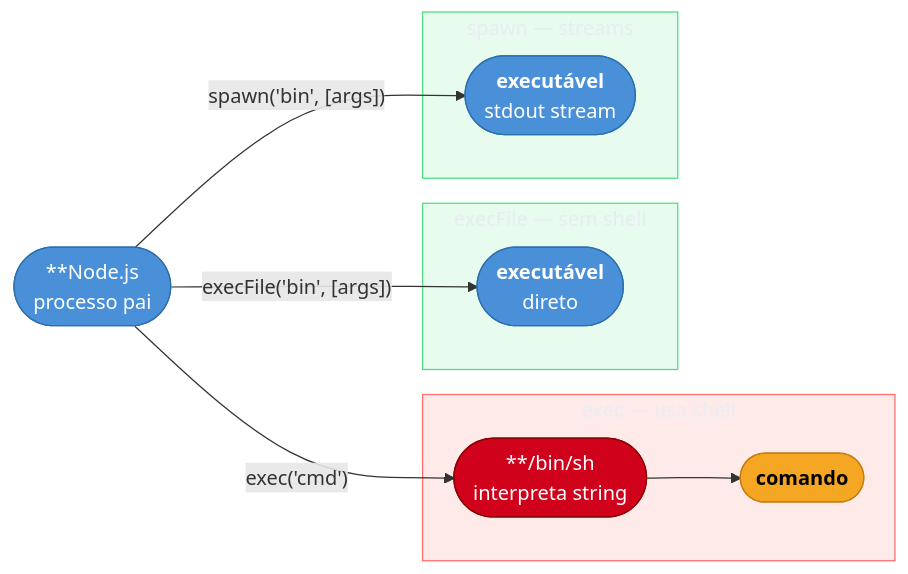
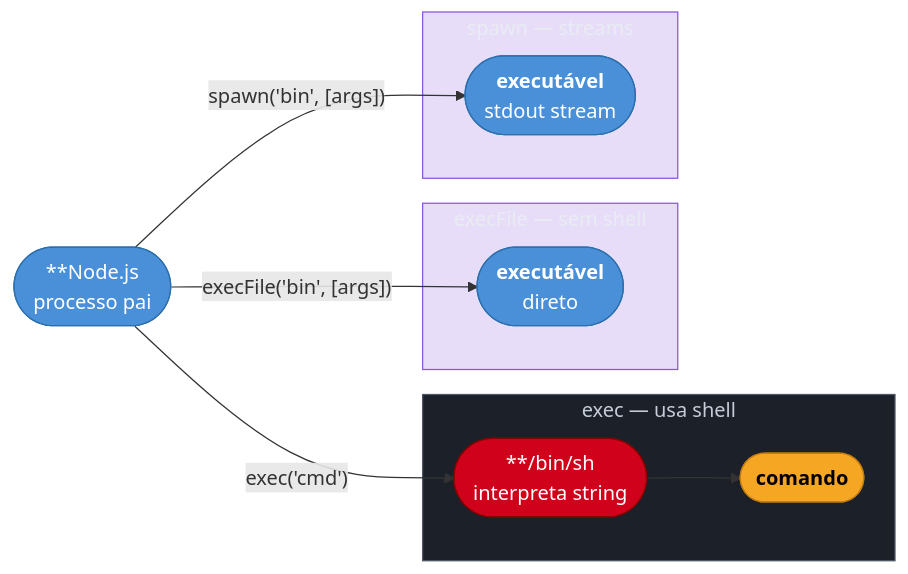
The diagram in 03-Dominios/Tecnologia/Node/Paralelismo/08 - child_process com exec e spawn.md (josenaldo/codex-technomanticus), drawn with Mermaid before and after one commit. The commit also changed 601 other files, not shown here.

````diff
--- a/03-Dominios/Tecnologia/Node/Paralelismo/08 - child_process com exec e spawn.md
+++ b/03-Dominios/Tecnologia/Node/Paralelismo/08 - child_process com exec e spawn.md
@@ -32,35 +32,35 @@
 ```mermaid
 flowchart LR
-    classDef falha fill:#FF6B6B24,stroke:#FF6B6B,color:#E9ECF2
-    classDef ok fill:#4ADE8021,stroke:#4ADE80,color:#E9ECF2
+    classDef marca fill:#8855DF33,stroke:#8855DF,color:#E9ECF2
+    classDef neutro fill:#1B2029,stroke:#4E5666,color:#C6CCD8
     classDef parent fill:#4A90D9,color:#fff,stroke:#2c6fad
     classDef shell fill:#D0021B,color:#fff,stroke:#8b0000
     classDef cmd fill:#F5A623,color:#000,stroke:#c47d0e
     classDef safe fill:#4A90D9,color:#fff,stroke:#2c6fad
     A(["`**Node.js
     processo pai`"]):::parent
 
     subgraph exec["exec — usa shell"]
         B(["`**/bin/sh
         interpreta string`"]):::shell
         C(["`**comando**`"]):::cmd
     end
 
     subgraph execFile["execFile — sem shell"]
         D(["`**executável**
         direto`"]):::safe
     end
 
     subgraph spawnBox["spawn — streams"]
         E(["`**executável**
         stdout stream`"]):::safe
     end
 
     A -- "exec('cmd')" --> B --> C
     A -- "execFile('bin', [args])" --> D
     A -- "spawn('bin', [args])" --> E
 
-    class exec falha
-    class execFile ok
-    class spawnBox ok
+    class exec neutro
+    class execFile marca
+    class spawnBox marca
 ```
````
